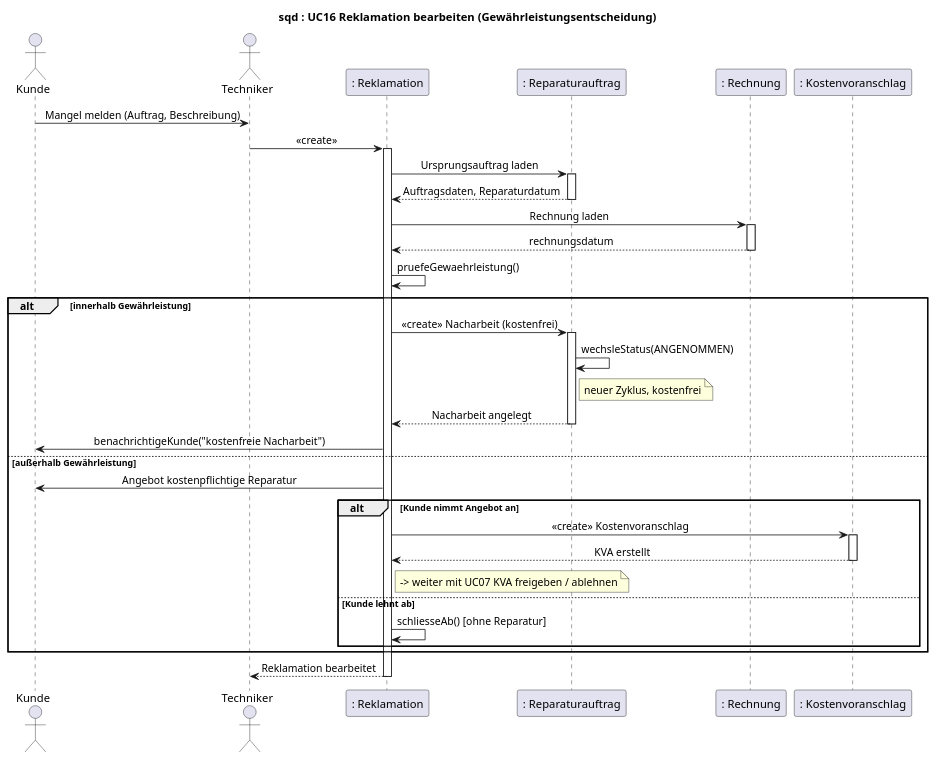
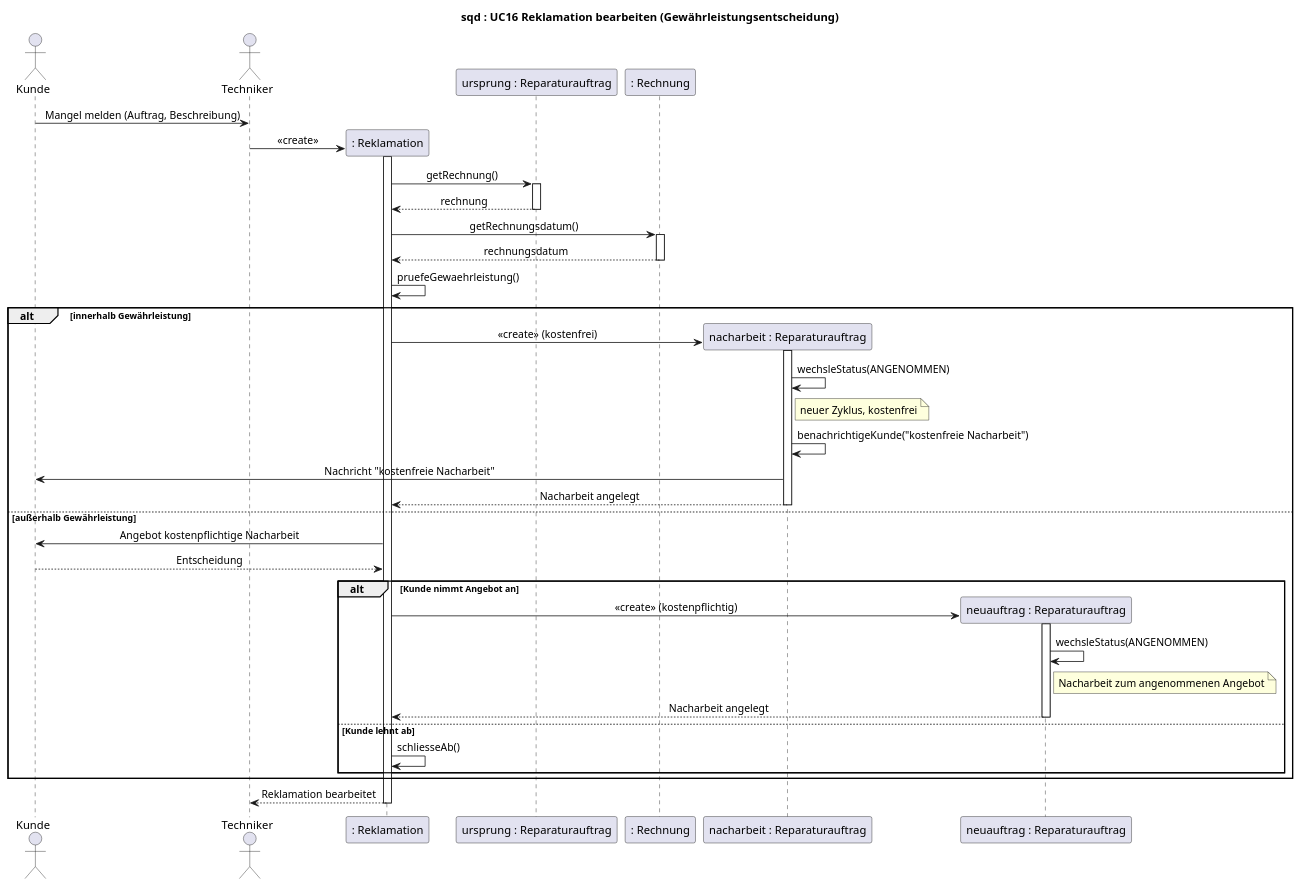
Before and after one commit to jakobschwan123-cmd/casestudy-semester-3: the diagram in uml/sequenz-05-reklamation.puml, drawn with PlantUML. The commit also changed 72 other files, not shown here.

```diff
--- a/uml/sequenz-05-reklamation.puml
+++ b/uml/sequenz-05-reklamation.puml
@@ -1,47 +1,54 @@
 @startuml
 title sqd : UC16 Reklamation bearbeiten (Gewährleistungsentscheidung)
 skinparam defaultFontName Arial
 skinparam sequenceMessageAlign center
 actor Kunde
 actor Techniker
 participant ": Reklamation" as REK
-participant ": Reparaturauftrag" as RA
+participant "ursprung : Reparaturauftrag" as RA
 participant ": Rechnung" as RE
-participant ": Kostenvoranschlag" as KVA
+participant "nacharbeit : Reparaturauftrag" as NA
+participant "neuauftrag : Reparaturauftrag" as NEU
 
 Kunde -> Techniker : Mangel melden (Auftrag, Beschreibung)
+create REK
 Techniker -> REK : <<create>>
 activate REK
-REK -> RA : Ursprungsauftrag laden
+REK -> RA : getRechnung()
 activate RA
-RA --> REK : Auftragsdaten, Reparaturdatum
+RA --> REK : rechnung
 deactivate RA
-REK -> RE : Rechnung laden
+REK -> RE : getRechnungsdatum()
 activate RE
 RE --> REK : rechnungsdatum
 deactivate RE
 REK -> REK : pruefeGewaehrleistung()
 
 alt innerhalb Gewährleistung
-    REK -> RA : <<create>> Nacharbeit (kostenfrei)
-    activate RA
-    RA -> RA : wechsleStatus(ANGENOMMEN)
-    note right of RA : neuer Zyklus, kostenfrei
-    RA --> REK : Nacharbeit angelegt
-    deactivate RA
-    REK -> Kunde : benachrichtigeKunde("kostenfreie Nacharbeit")
+    create NA
+    REK -> NA : <<create>> (kostenfrei)
+    activate NA
+    NA -> NA : wechsleStatus(ANGENOMMEN)
+    note right of NA : neuer Zyklus, kostenfrei
+    NA -> NA : benachrichtigeKunde("kostenfreie Nacharbeit")
+    NA -> Kunde : Nachricht "kostenfreie Nacharbeit"
+    NA --> REK : Nacharbeit angelegt
+    deactivate NA
 else außerhalb Gewährleistung
-    REK -> Kunde : Angebot kostenpflichtige Reparatur
+    REK -> Kunde : Angebot kostenpflichtige Nacharbeit
+    Kunde --> REK : Entscheidung
     alt Kunde nimmt Angebot an
-        REK -> KVA : <<create>> Kostenvoranschlag
-        activate KVA
-        KVA --> REK : KVA erstellt
-        deactivate KVA
-        note right of REK : -> weiter mit UC07 KVA freigeben / ablehnen
+        create NEU
+        REK -> NEU : <<create>> (kostenpflichtig)
+        activate NEU
+        NEU -> NEU : wechsleStatus(ANGENOMMEN)
+        note right of NEU : Nacharbeit zum angenommenen Angebot
+        NEU --> REK : Nacharbeit angelegt
+        deactivate NEU
     else Kunde lehnt ab
-        REK -> REK : schliesseAb() [ohne Reparatur]
+        REK -> REK : schliesseAb()
     end
 end
 REK --> Techniker : Reklamation bearbeitet
 deactivate REK
 @enduml
```
